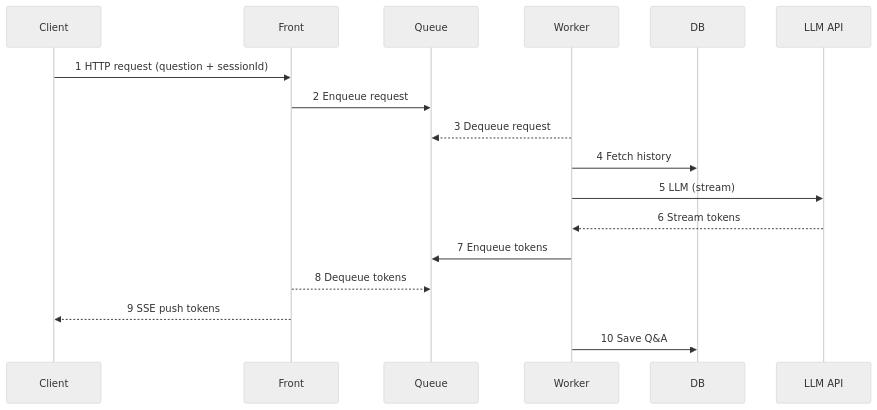
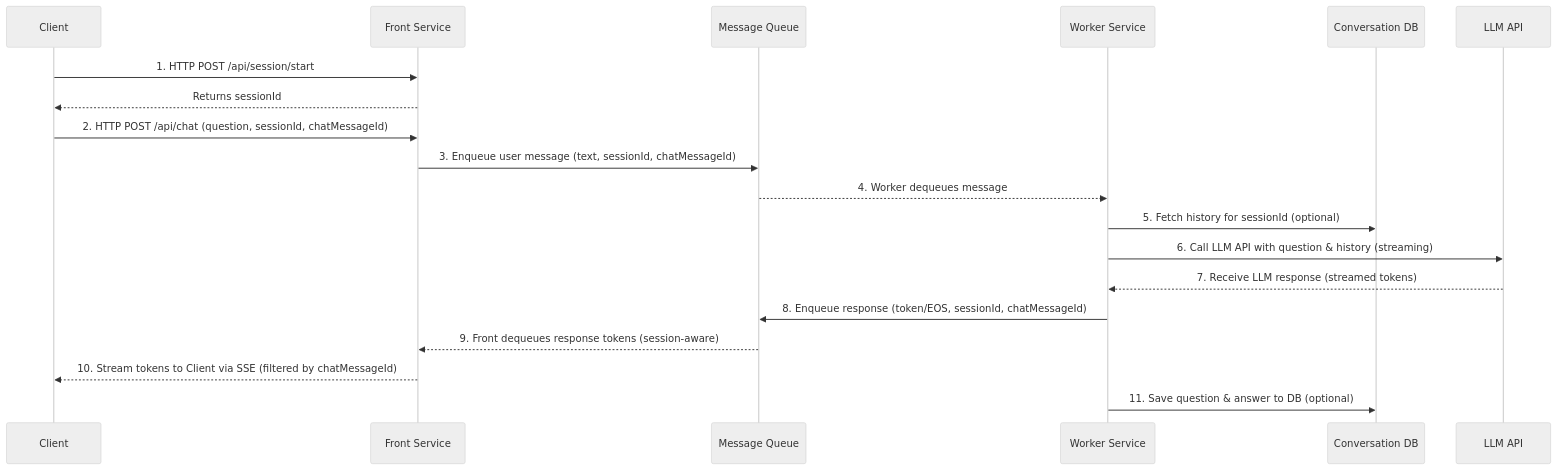
The second of 2 diagrams in d-ai-app-patterns/scalable_chat/README.md (tkubica12/azure-workshops), drawn with Mermaid (neutral theme) before and after one commit. The commit also changed other lines of this file, not shown here.

````diff
--- a/d-ai-app-patterns/scalable_chat/README.md
+++ b/d-ai-app-patterns/scalable_chat/README.md
@@ -28,20 +28,22 @@
 ```mermaid
 sequenceDiagram
     participant C as Client
-    participant F as Front
-    participant Q as Queue
-    participant W as Worker
-    participant D as DB
+    participant F as Front Service
+    participant Q as Message Queue
+    participant W as Worker Service
+    participant D as Conversation DB
     participant L as LLM API
 
-    C->>F: 1 HTTP request (question + sessionId)
-    F->>Q: 2 Enqueue request
-    W-->>Q: 3 Dequeue request
-    W->>D: 4 Fetch history
-    W->>L: 5 LLM (stream)
-    L-->>W: 6 Stream tokens
-    W->>Q: 7 Enqueue tokens
-    F-->>Q: 8 Dequeue tokens
-    F-->>C: 9 SSE push tokens
-    W->>D: 10 Save Q&A
+    C->>F: 1. HTTP POST /api/session/start
+    F-->>C: Returns sessionId
+    C->>F: 2. HTTP POST /api/chat (question, sessionId, chatMessageId)
+    F->>Q: 3. Enqueue user message (text, sessionId, chatMessageId)
+    Q-->>W: 4. Worker dequeues message
+    W->>D: 5. Fetch history for sessionId (optional)
+    W->>L: 6. Call LLM API with question & history (streaming)
+    L-->>W: 7. Receive LLM response (streamed tokens)
+    W->>Q: 8. Enqueue response (token/EOS, sessionId, chatMessageId)
+    Q-->>F: 9. Front dequeues response tokens (session-aware)
+    F-->>C: 10. Stream tokens to Client via SSE (filtered by chatMessageId)
+    W->>D: 11. Save question & answer to DB (optional)
 ```
````
